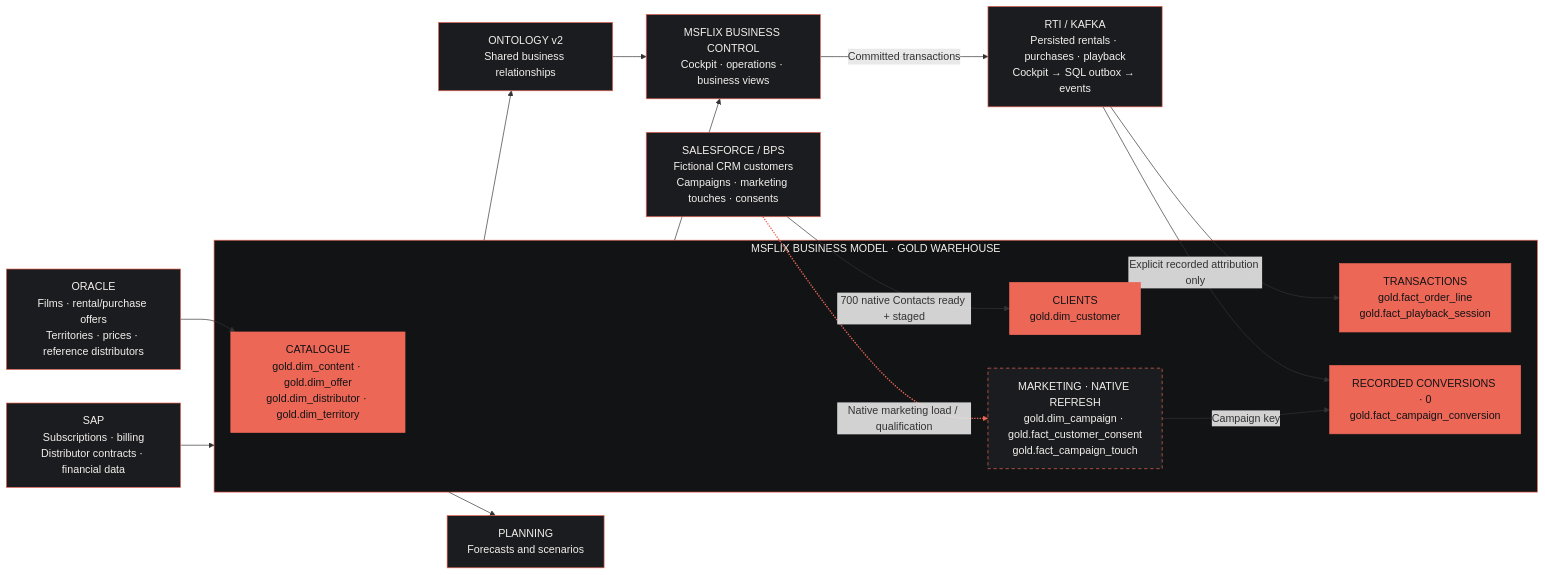
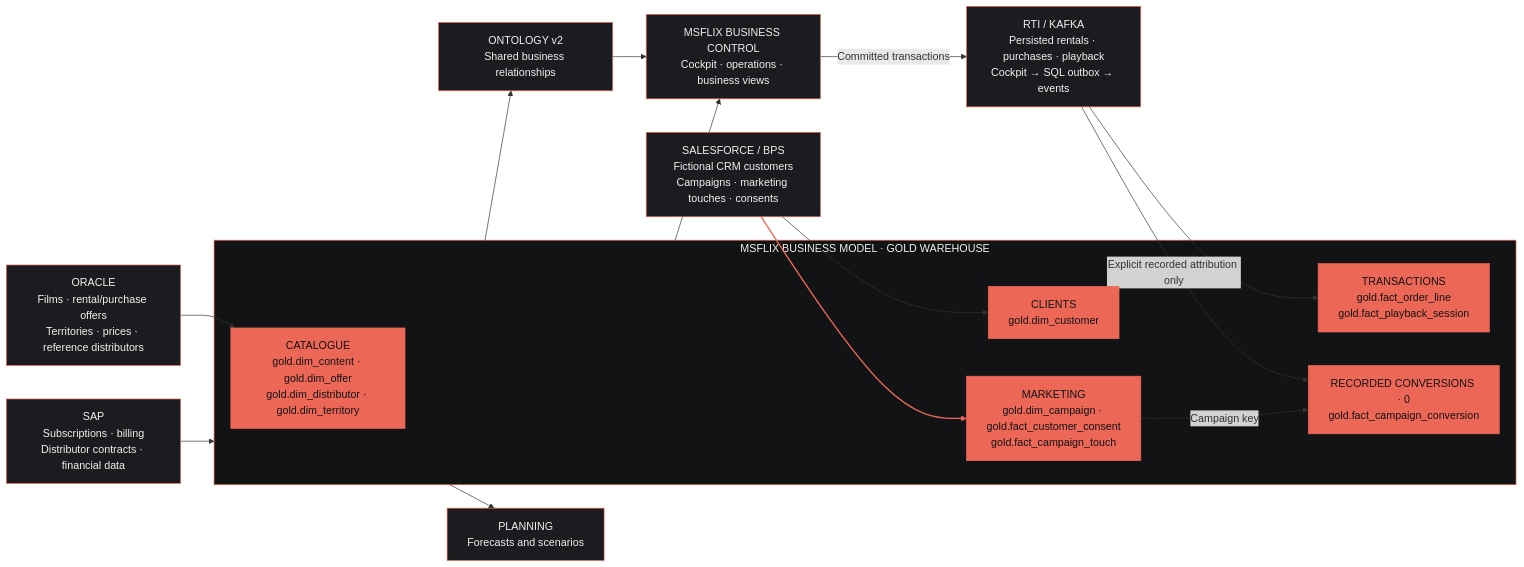
The diagram in README.md (fredgis/FabricHubDemo), drawn with Mermaid before and after one commit. The commit also changed other lines of this file and 22 other files, not shown here.

First line of the commit message:
feat: publish interactive ontology graph and cinematic demo cockpit

````diff
--- a/README.md
+++ b/README.md
@@ -21,41 +21,39 @@
 ```mermaid
 flowchart LR
   Oracle["ORACLE<br/>Films · rental/purchase offers<br/>Territories · prices · reference distributors"]
   CRM["SALESFORCE / BPS<br/>Fictional CRM customers<br/>Campaigns · marketing touches · consents"]
   RTI["RTI / KAFKA<br/>Persisted rentals · purchases · playback<br/>Cockpit → SQL outbox → events"]
 
   subgraph GOLD["MSFLIX BUSINESS MODEL · GOLD WAREHOUSE"]
     Catalogue["CATALOGUE<br/>gold.dim_content · gold.dim_offer<br/>gold.dim_distributor · gold.dim_territory"]
     Clients["CLIENTS<br/>gold.dim_customer"]
-    Marketing["MARKETING · NATIVE REFRESH<br/>gold.dim_campaign · gold.fact_customer_consent<br/>gold.fact_campaign_touch"]
+    Marketing["MARKETING<br/>gold.dim_campaign · gold.fact_customer_consent<br/>gold.fact_campaign_touch"]
     Transactions["TRANSACTIONS<br/>gold.fact_order_line<br/>gold.fact_playback_session"]
     Conversions["RECORDED CONVERSIONS · 0<br/>gold.fact_campaign_conversion"]
   end
 
   Ontology["ONTOLOGY v2<br/>Shared business relationships"]
   App["MSFLIX BUSINESS CONTROL<br/>Cockpit · operations · business views"]
   SAP["SAP<br/>Subscriptions · billing<br/>Distributor contracts · financial data"]
   Planning["PLANNING<br/>Forecasts and scenarios"]
 
   Oracle --> Catalogue
-  CRM -->|"700 native Contacts ready + staged"| Clients
-  CRM -.->|"Native marketing load / qualification"| Marketing
+  CRM --> Clients
+  CRM --> Marketing
   RTI --> Transactions
   Marketing -->|"Campaign key"| Conversions
   RTI -->|"Explicit recorded attribution only"| Conversions
   GOLD --> Ontology
   GOLD --> App
   Ontology --> App
   App -->|"Committed transactions"| RTI
   SAP --> GOLD
   GOLD --> Planning
 
   classDef source fill:#1B1C1F,stroke:#ED6757,color:#F3F0EC;
   classDef business fill:#ED6757,stroke:#ED6757,color:#121315;
-  classDef pending fill:#1B1C1F,stroke:#ED6757,color:#F3F0EC,stroke-dasharray:5 4;
   class Oracle,CRM,RTI,Ontology,App,SAP,Planning source;
-  class Catalogue,Clients,Transactions,Conversions business;
-  class Marketing pending;
+  class Catalogue,Clients,Marketing,Transactions,Conversions business;
   style GOLD fill:#121315,stroke:#ED6757,color:#F3F0EC;
   linkStyle 2 stroke:#ED6757,stroke-width:2px;
 ```
````
